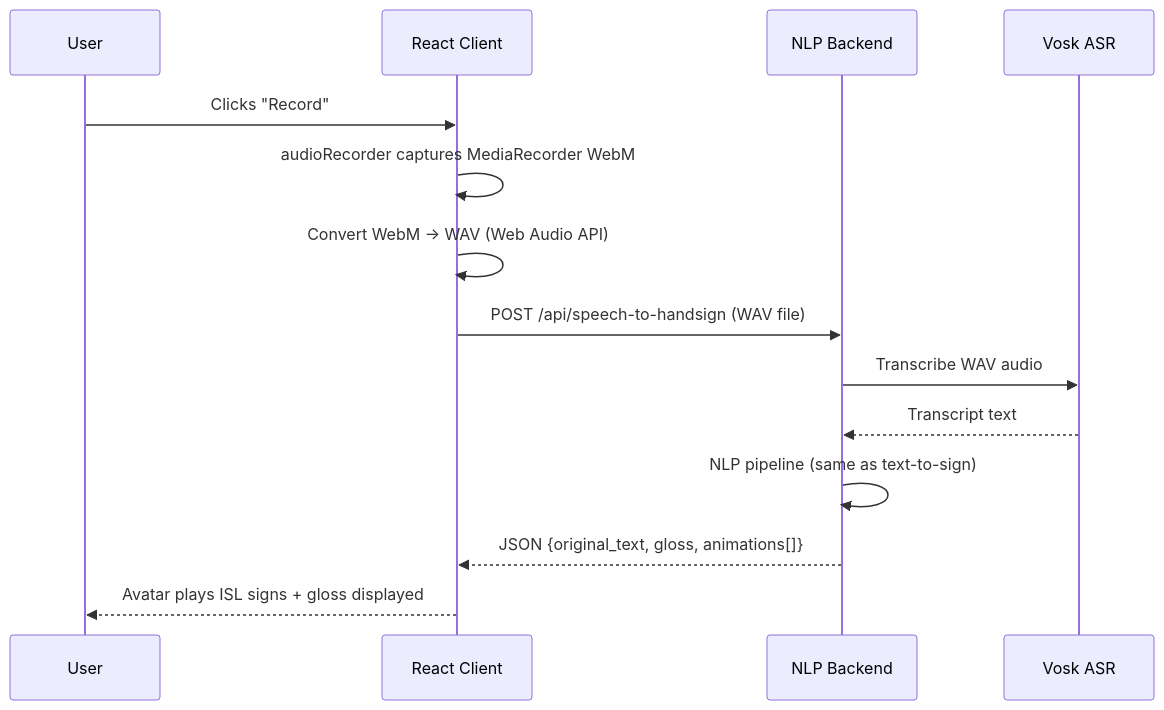
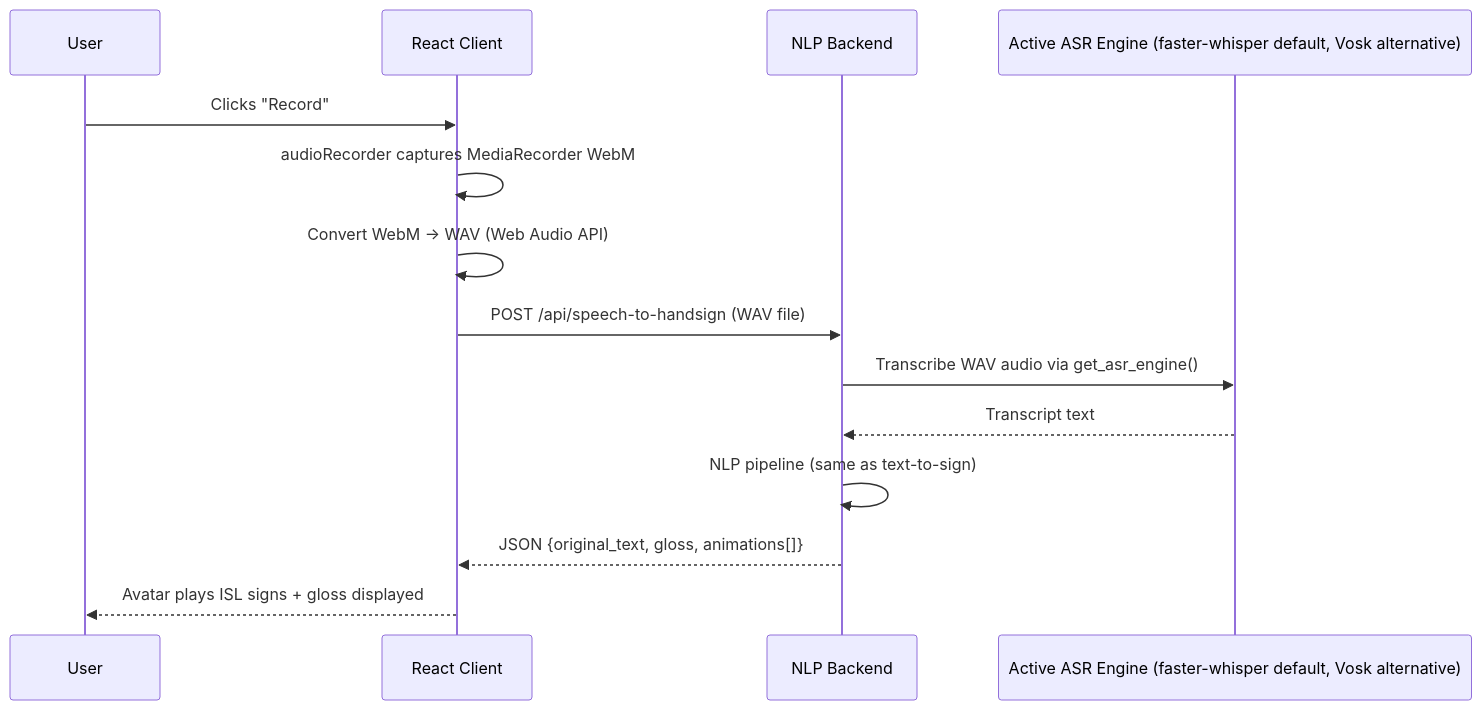
The third of 5 diagrams in docs/architecture.md (Sri-Krishna-V/SignVani), drawn with Mermaid before and after one commit. The commit also changed other lines of this file and 2 other files, not shown here.

Commit message:
feat: Update architecture documentation to reflect ASR engine selection and data flow changes

````diff
--- a/docs/architecture.md
+++ b/docs/architecture.md
@@ -113,17 +133,17 @@
 ```mermaid
 sequenceDiagram
     participant U as User
     participant C as React Client
     participant B as NLP Backend
-    participant V as Vosk ASR
+    participant A as Active ASR Engine (faster-whisper default, Vosk alternative)
 
     U->>C: Clicks "Record"
     C->>C: audioRecorder captures MediaRecorder WebM
     C->>C: Convert WebM → WAV (Web Audio API)
     C->>B: POST /api/speech-to-handsign (WAV file)
-    B->>V: Transcribe WAV audio
-    V-->>B: Transcript text
+    B->>A: Transcribe WAV audio via get_asr_engine()
+    A-->>B: Transcript text
     B->>B: NLP pipeline (same as text-to-sign)
     B-->>C: JSON {original_text, gloss, animations[]}
     C-->>U: Avatar plays ISL signs + gloss displayed
 ```
````
